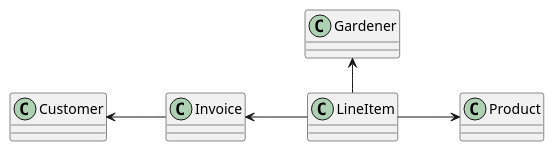
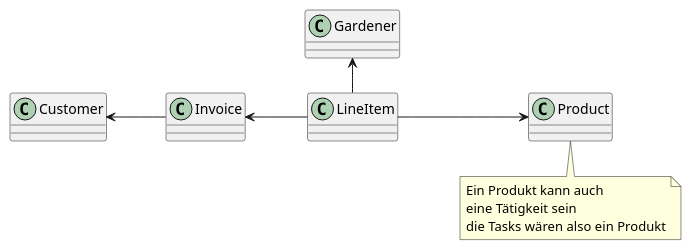
One commit to 2223-4bhitm-sew/01-microproject-Abdulrahman-AL-Sabagh changed the diagram in asciidocs/plantuml/simple-cld.puml. Above: the diagram before and after it, drawn with PlantUML.

Commit message:
add note

```diff
--- a/asciidocs/plantuml/simple-cld.puml
+++ b/asciidocs/plantuml/simple-cld.puml
@@ -1,17 +1,18 @@
 @startuml
 
 left to right direction
 
 class Customer
 class Invoice
 class LineItem
 class Product
+note bottom: Ein Produkt kann auch \neine Tätigkeit sein\ndie Tasks wären also ein Produkt
 class Gardener
 
 
 Customer <-- Invoice
 Invoice <-- LineItem
 LineItem --> Product
 LineItem -left-> Gardener
 
 @enduml
```
